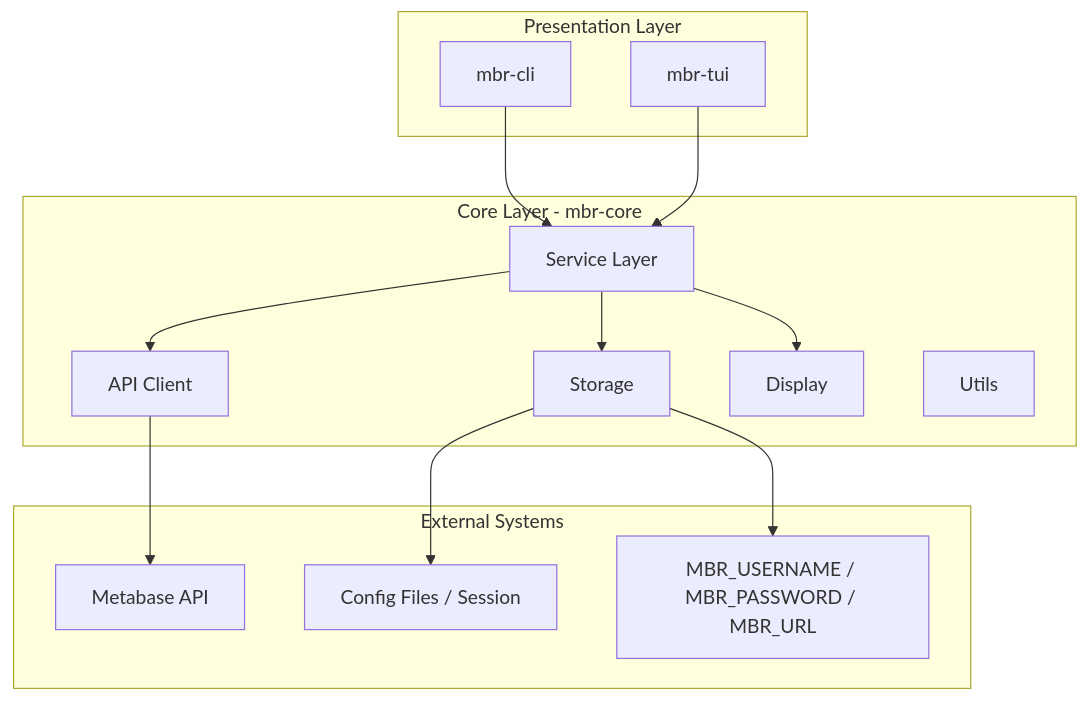
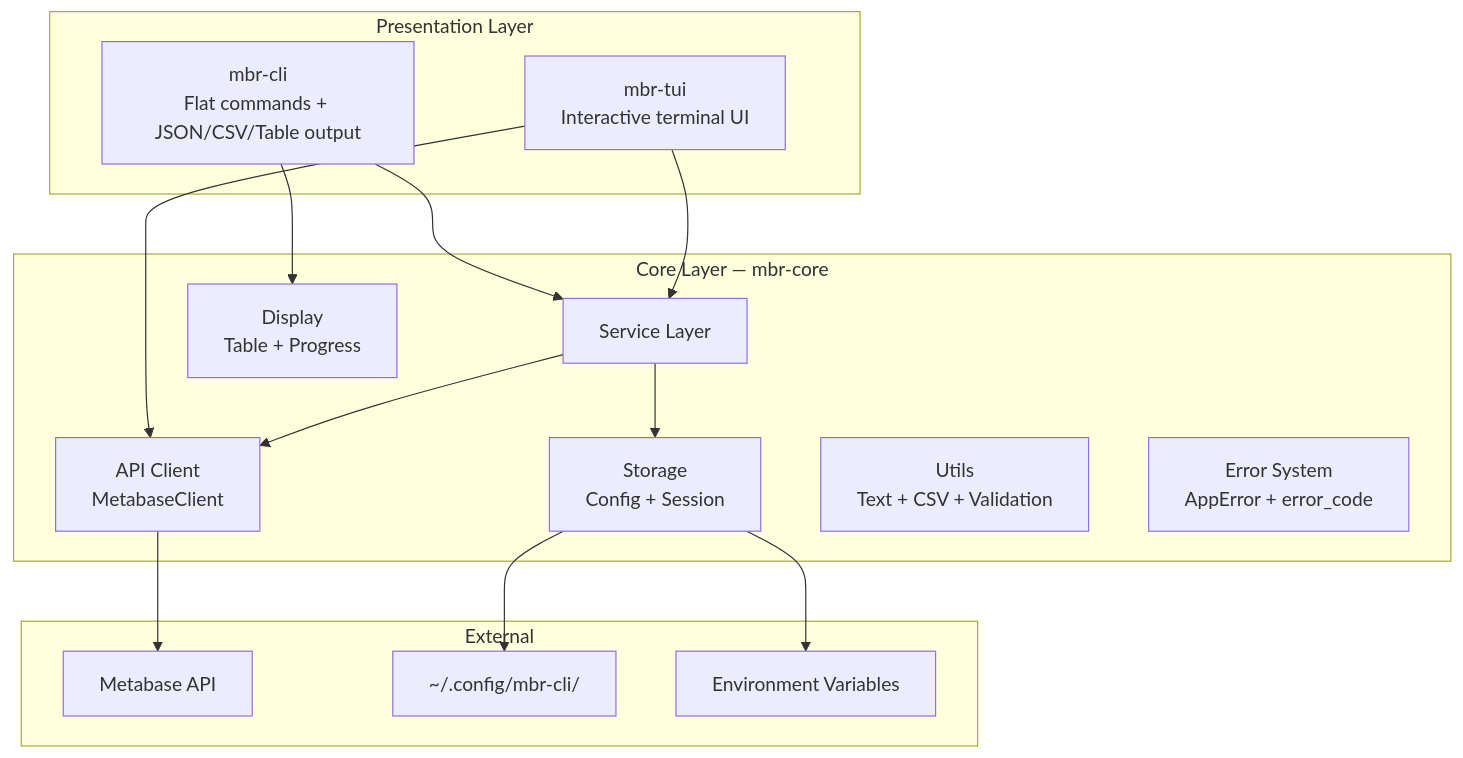
The first of 6 diagrams in ARCHITECTURE.md (daisuke8000/mbr-cli), drawn with Mermaid before and after one commit. The commit also changed other lines of this file, not shown here.

First line of the commit message:
docs: rewrite ARCHITECTURE.md for flat CLI, output pipeline, and error codes

````diff
--- a/ARCHITECTURE.md
+++ b/ARCHITECTURE.md
@@ -5,32 +5,34 @@
 ```mermaid
 graph TB
     subgraph Presentation["Presentation Layer"]
-        CLI[mbr-cli]
-        TUI[mbr-tui]
+        CLI[mbr-cli<br/>Flat commands + JSON/CSV/Table output]
+        TUI[mbr-tui<br/>Interactive terminal UI]
     end
 
-    subgraph Core["Core Layer - mbr-core"]
+    subgraph Core["Core Layer — mbr-core"]
         Services[Service Layer]
-        API[API Client]
-        Storage[Storage]
-        Display[Display]
-        Utils[Utils]
+        API[API Client<br/>MetabaseClient]
+        Storage[Storage<br/>Config + Session]
+        Display[Display<br/>Table + Progress]
+        Utils[Utils<br/>Text + CSV + Validation]
+        Error[Error System<br/>AppError + error_code]
     end
 
-    subgraph External["External Systems"]
+    subgraph External["External"]
         Metabase[Metabase API]
-        FileSystem[Config Files / Session]
-        EnvVar[MBR_USERNAME / MBR_PASSWORD / MBR_URL]
+        FS[~/.config/mbr-cli/]
+        Env[Environment Variables]
     end
 
     CLI --> Services
+    CLI --> Display
     TUI --> Services
+    TUI --> API
 
     Services --> API
     Services --> Storage
-    Services --> Display
 
     API --> Metabase
-    Storage --> FileSystem
-    Storage --> EnvVar
+    Storage --> FS
+    Storage --> Env
 ```
````
